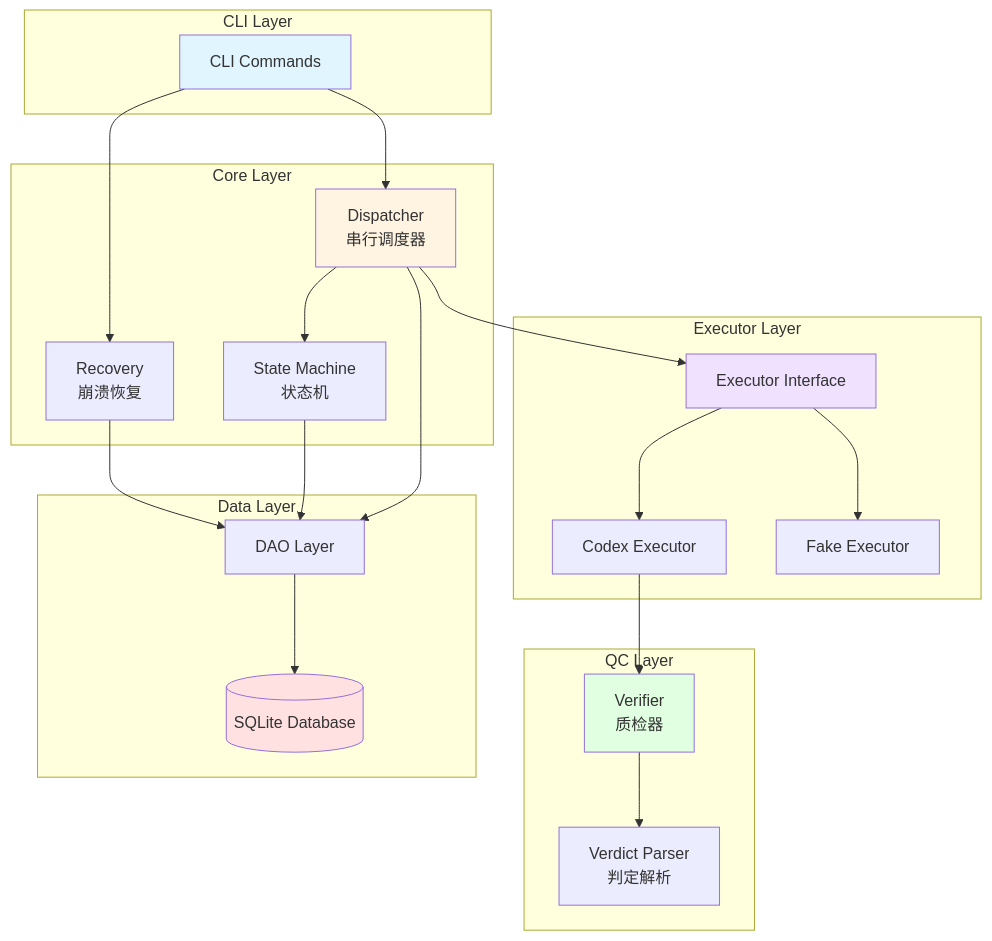
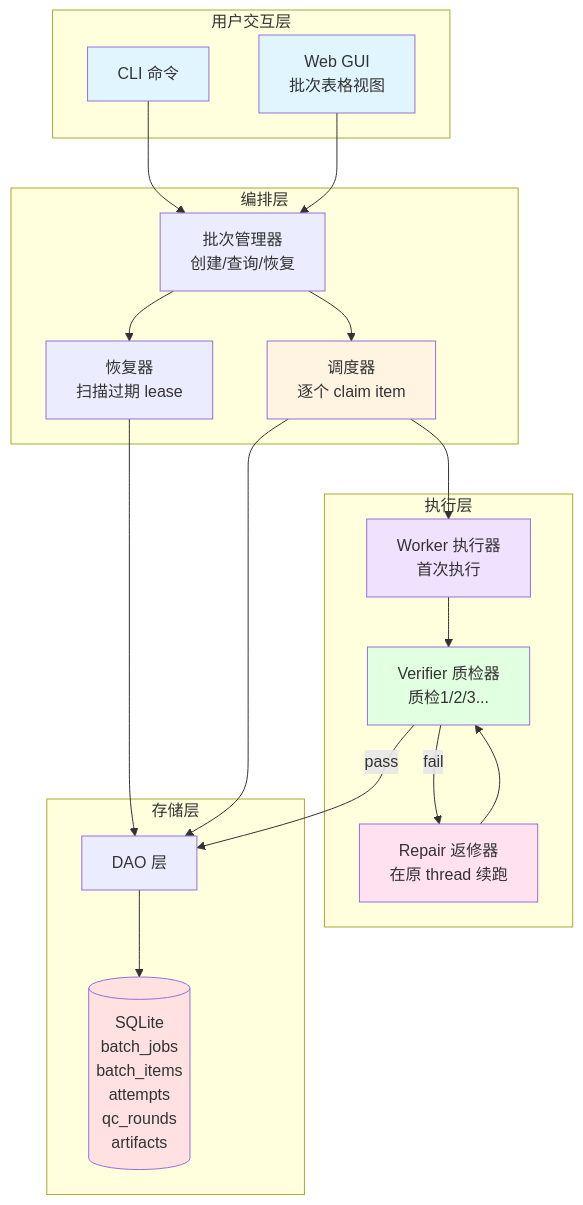
One commit to limecloud/qcloop changed the first of 6 diagrams in docs/PRD.md. Above: the diagram before and after it, drawn with Mermaid.

Commit message:
docs: 优化系统架构图，更贴合实际 UI 设计
根据批次表格视图的实际需求，重新设计架构图：
- 突出"首次执行 + 多轮质检"的核心流程
- 明确 Worker/Verifier/Repair 三者的协作关系
- 简化层次结构，更直观易懂

````diff
--- a/docs/PRD.md
+++ b/docs/PRD.md
@@ -353,51 +353,48 @@
 ```mermaid
 graph TB
-    subgraph "CLI Layer"
-        CLI[CLI Commands]
+    subgraph "用户交互层"
+        CLI[CLI 命令]
+        GUI[Web GUI<br/>批次表格视图]
     end
     
-    subgraph "Core Layer"
-        Dispatcher[Dispatcher<br/>串行调度器]
-        StateMachine[State Machine<br/>状态机]
-        Recovery[Recovery<br/>崩溃恢复]
+    subgraph "编排层"
+        BatchManager[批次管理器<br/>创建/查询/恢复]
+        Dispatcher[调度器<br/>逐个 claim item]
+        Recovery[恢复器<br/>扫描过期 lease]
     end
     
-    subgraph "Executor Layer"
-        ExecutorInterface[Executor Interface]
-        CodexExecutor[Codex Executor]
-        FakeExecutor[Fake Executor]
+    subgraph "执行层"
+        Worker[Worker 执行器<br/>首次执行]
+        Verifier[Verifier 质检器<br/>质检1/2/3...]
+        Repair[Repair 返修器<br/>在原 thread 续跑]
     end
     
-    subgraph "QC Layer"
-        Verifier[Verifier<br/>质检器]
-        Verdict[Verdict Parser<br/>判定解析]
+    subgraph "存储层"
+        DAO[DAO 层]
+        DB[(SQLite<br/>batch_jobs<br/>batch_items<br/>attempts<br/>qc_rounds<br/>artifacts)]
     end
     
-    subgraph "Data Layer"
-        DAO[DAO Layer]
-        DB[(SQLite Database)]
-    end
+    CLI --> BatchManager
+    GUI --> BatchManager
     
-    CLI --> Dispatcher
-    CLI --> Recovery
+    BatchManager --> Dispatcher
+    BatchManager --> Recovery
     
-    Dispatcher --> StateMachine
-    Dispatcher --> ExecutorInterface
+    Dispatcher --> Worker
+    Worker --> Verifier
+    Verifier -->|pass| DAO
+    Verifier -->|fail| Repair
+    Repair --> Verifier
+    
+    Recovery --> DAO
     Dispatcher --> DAO
-    
-    ExecutorInterface --> CodexExecutor
-    ExecutorInterface --> FakeExecutor
-    
-    CodexExecutor --> Verifier
-    Verifier --> Verdict
-    
-    StateMachine --> DAO
-    Recovery --> DAO
     DAO --> DB
     
     style CLI fill:#e1f5ff
+    style GUI fill:#e1f5ff
     style Dispatcher fill:#fff4e1
-    style ExecutorInterface fill:#f0e1ff
+    style Worker fill:#f0e1ff
     style Verifier fill:#e1ffe1
+    style Repair fill:#ffe1f0
     style DB fill:#ffe1e1
 ```
````
